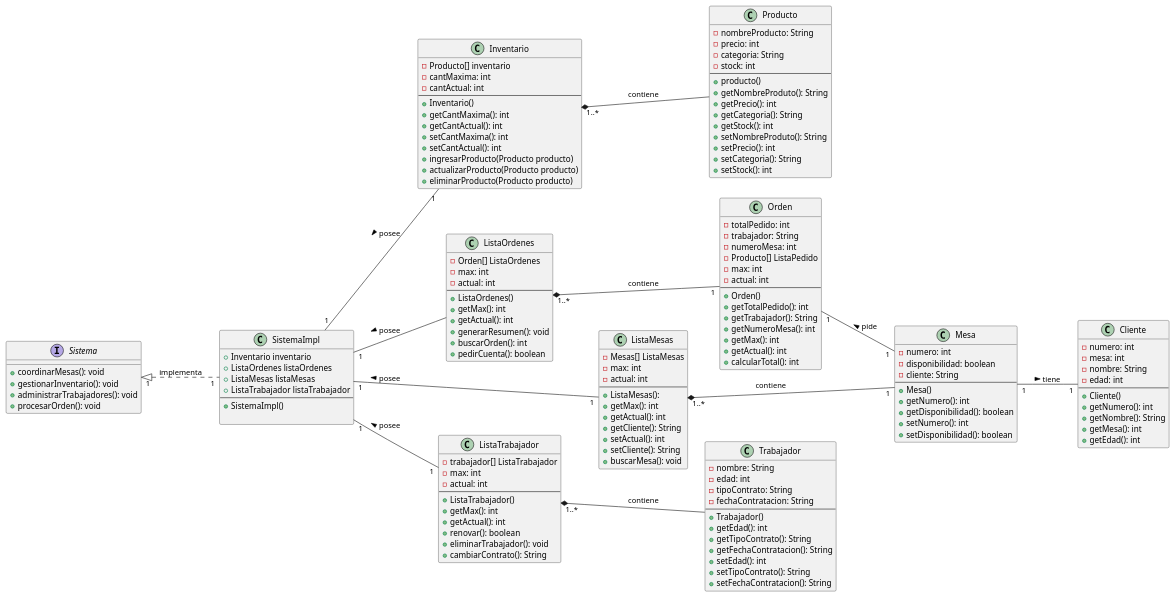
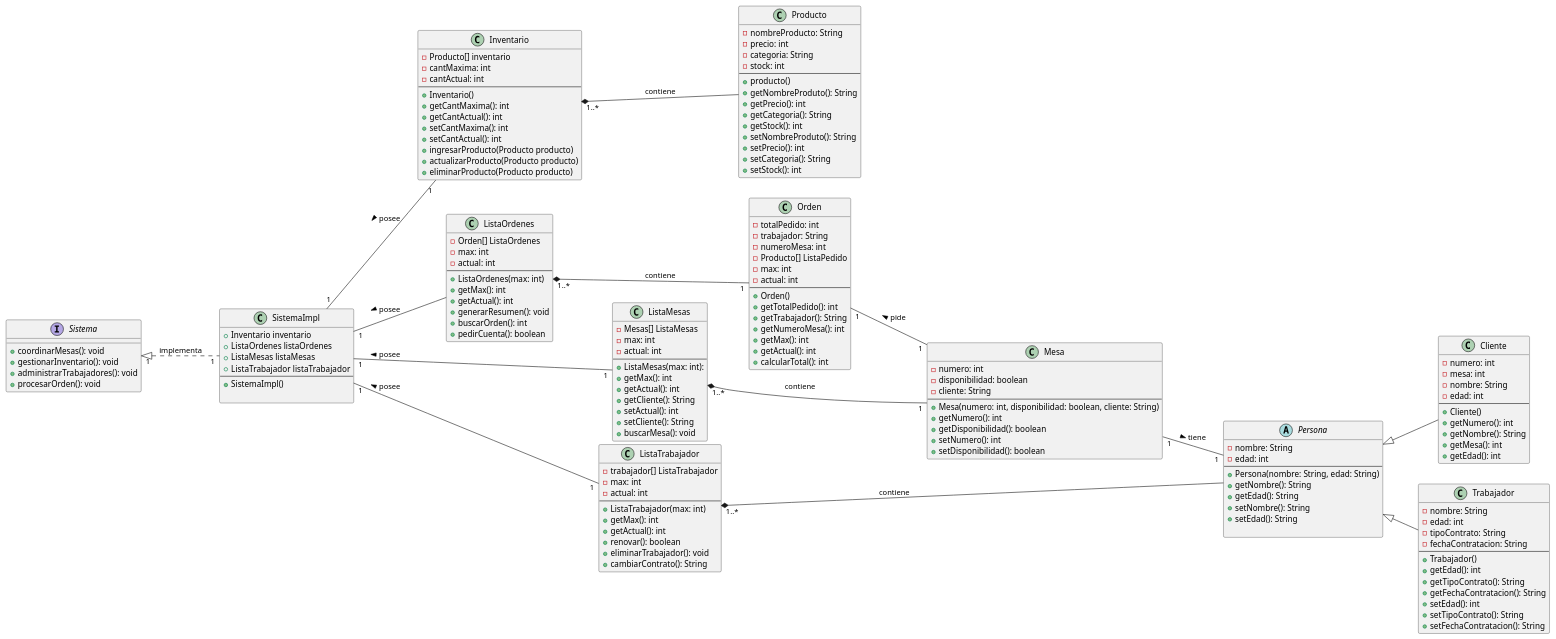
One commit to ChrisCvid/Taller changed the diagram in src/modeloDeClase.puml. Above: the diagram before and after it, drawn with PlantUML. The commit also changed 16 other files, not shown here.

```diff
--- a/src/modeloDeClase.puml
+++ b/src/modeloDeClase.puml
@@ -1,166 +1,180 @@
 @startuml
 
          left to right direction
 
          interface Sistema{
          +coordinarMesas(): void
          +gestionarInventario(): void
          +administrarTrabajadores(): void
          +procesarOrden(): void
 
          }
 
          class Orden{
           -totalPedido: int
           -trabajador: String
           -numeroMesa: int
           -Producto[] ListaPedido
           -max: int
           -actual: int
           --
           +Orden()
           +getTotalPedido(): int
           +getTrabajador(): String
           +getNumeroMesa(): int
           +getMax(): int
           +getActual(): int
           +calcularTotal(): int
          }
 
 
           class Cliente {
           -numero: int
           -mesa: int
           -nombre: String
           -edad: int
           --
           +Cliente()
           +getNumero(): int
           +getNombre(): String
           +getMesa(): int
           +getEdad(): int
          }
 
          class Inventario {
           -Producto[] inventario
           -cantMaxima: int
           -cantActual: int
           --
           +Inventario()
           +getCantMaxima(): int
           +getCantActual(): int
           +setCantMaxima(): int
           +setCantActual(): int
           +ingresarProducto(Producto producto)
           +actualizarProducto(Producto producto)
           +eliminarProducto(Producto producto)
          }
 
          class SistemaImpl{
           +Inventario inventario
           +ListaOrdenes listaOrdenes
           +ListaMesas listaMesas
           +ListaTrabajador listaTrabajador
           --
           +SistemaImpl()
 
          }
 
          class Producto {
           -nombreProducto: String
           -precio: int
           -categoria: String
           -stock: int
           --
           +producto()
           +getNombreProduto(): String
           +getPrecio(): int
           +getCategoria(): String
           +getStock(): int
           +setNombreProduto(): String
           +setPrecio(): int
           +setCategoria(): String
           +setStock(): int
          }
 
          class Trabajador {
           -nombre: String
           -edad: int
           -tipoContrato: String
           -fechaContratacion: String
           --
           +Trabajador()
           +getEdad(): int
           +getTipoContrato(): String
           +getFechaContratacion(): String
           +setEdad(): int
           +setTipoContrato(): String
           +setFechaContratacion(): String
          }
 
 
          class Mesa{
           -numero: int
           -disponibilidad: boolean
           -cliente: String
           --
-          +Mesa()
+          +Mesa(numero: int, disponibilidad: boolean, cliente: String)
           +getNumero(): int
           +getDisponibilidad(): boolean
           +setNumero(): int
           +setDisponibilidad(): boolean
          }
 
          class ListaOrdenes{
           -Orden[] ListaOrdenes
           -max: int
           -actual: int
           --
-          +ListaOrdenes()
+          +ListaOrdenes(max: int)
           +getMax(): int
           +getActual(): int
           +generarResumen(): void
           +buscarOrden(): int
           +pedirCuenta(): boolean
          }
 
          class ListaMesas{
           -Mesas[] ListaMesas
           -max: int
           -actual: int
           --
-          +ListaMesas():
+          +ListaMesas(max: int):
           +getMax(): int
           +getActual(): int
           +getCliente(): String
           +setActual(): int
           +setCliente(): String
           +buscarMesa(): void
          }
 
          class ListaTrabajador{
           -trabajador[] ListaTrabajador
           -max: int
           -actual: int
           --
-          +ListaTrabajador()
+          +ListaTrabajador(max: int)
           +getMax(): int
           +getActual(): int
           +renovar(): boolean
           +eliminarTrabajador(): void
           +cambiarContrato(): String
          }
 
+         abstract class Persona{
+          -nombre: String
+          -edad: int
+          --
+          +Persona(nombre: String, edad: String)
+          +getNombre(): String
+          +getEdad(): String
+          +setNombre(): String
+          +setEdad(): String
+
+         }
+
          ListaMesas "1..*" *-- "1" Mesa: contiene
-         ListaTrabajador "1..*" *-- Trabajador: contiene
+         ListaTrabajador "1..*" *-- Persona: contiene
          Inventario "1..*" *-- Producto: contiene
          ListaOrdenes "1..*" *-- "1" Orden: contiene
-         Mesa "1" -- "1" Cliente: tiene >
+         Mesa "1" -- "1" Persona: tiene >
          Orden "1" -- "1" Mesa: pide <
          SistemaImpl "1" -- ListaOrdenes: posee <
          SistemaImpl "1" -- "1" ListaTrabajador: posee <
          SistemaImpl "1" -- "1" ListaMesas: posee <
          SistemaImpl "1" -- "1" Inventario: posee <
          Sistema "1" <|.. "1" SistemaImpl: implementa
+         Persona  <|--  Cliente
+         Persona <|-- Trabajador
          }
          @enduml
```
